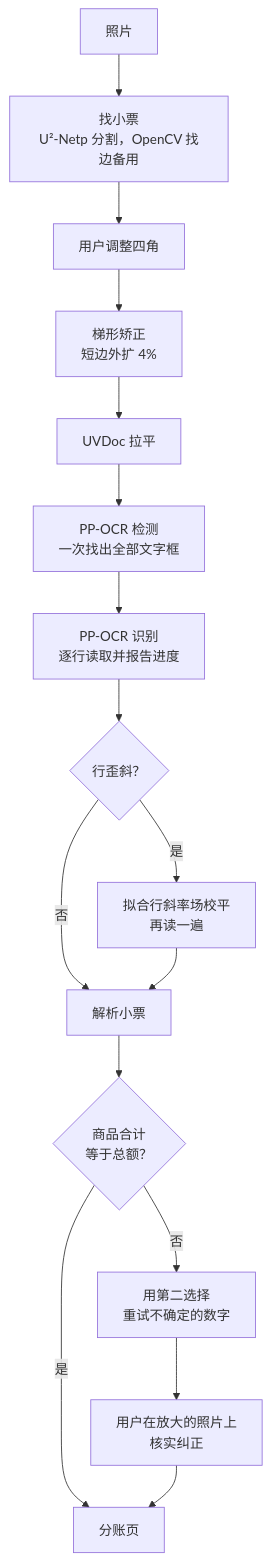
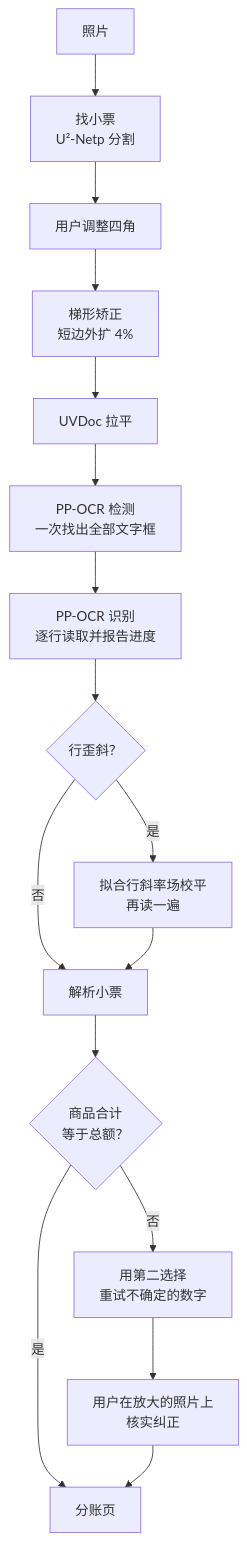
One commit to albzO/SlipSplit changed the diagram in README.zh.md. Above: the diagram before and after it, drawn with Mermaid. The commit also changed other lines of this file and 86 other files, not shown here.

````diff
--- a/README.zh.md
+++ b/README.zh.md
@@ -50,18 +50,18 @@
 ```mermaid
 flowchart TD
-    A[照片] --> B[找小票<br/>U²-Netp 分割，OpenCV 找边备用]
+    A[照片] --> B[找小票<br/>U²-Netp 分割]
     B --> C[用户调整四角]
     C --> D[梯形矫正<br/>短边外扩 4%]
     D --> E[UVDoc 拉平]
     E --> F[PP-OCR 检测<br/>一次找出全部文字框]
     F --> G[PP-OCR 识别<br/>逐行读取并报告进度]
     G --> H{行歪斜？}
     H -- 是 --> I[拟合行斜率场校平<br/>再读一遍]
     H -- 否 --> J[解析小票]
     I --> J
     J --> K{商品合计<br/>等于总额？}
     K -- 否 --> L[用第二选择<br/>重试不确定的数字]
     K -- 是 --> M[分账页]
     L --> N[用户在放大的照片上<br/>核实纠正]
     N --> M
 ```
````
